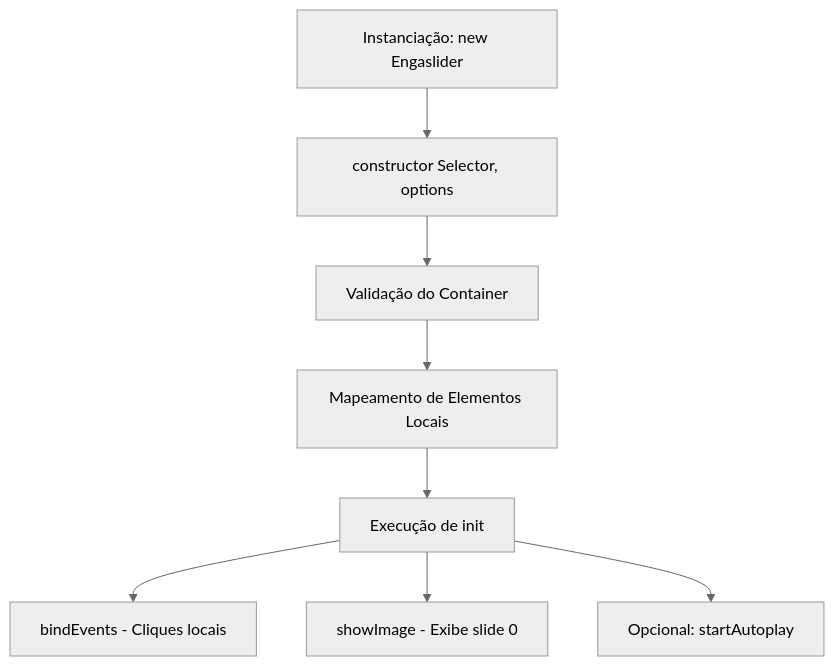
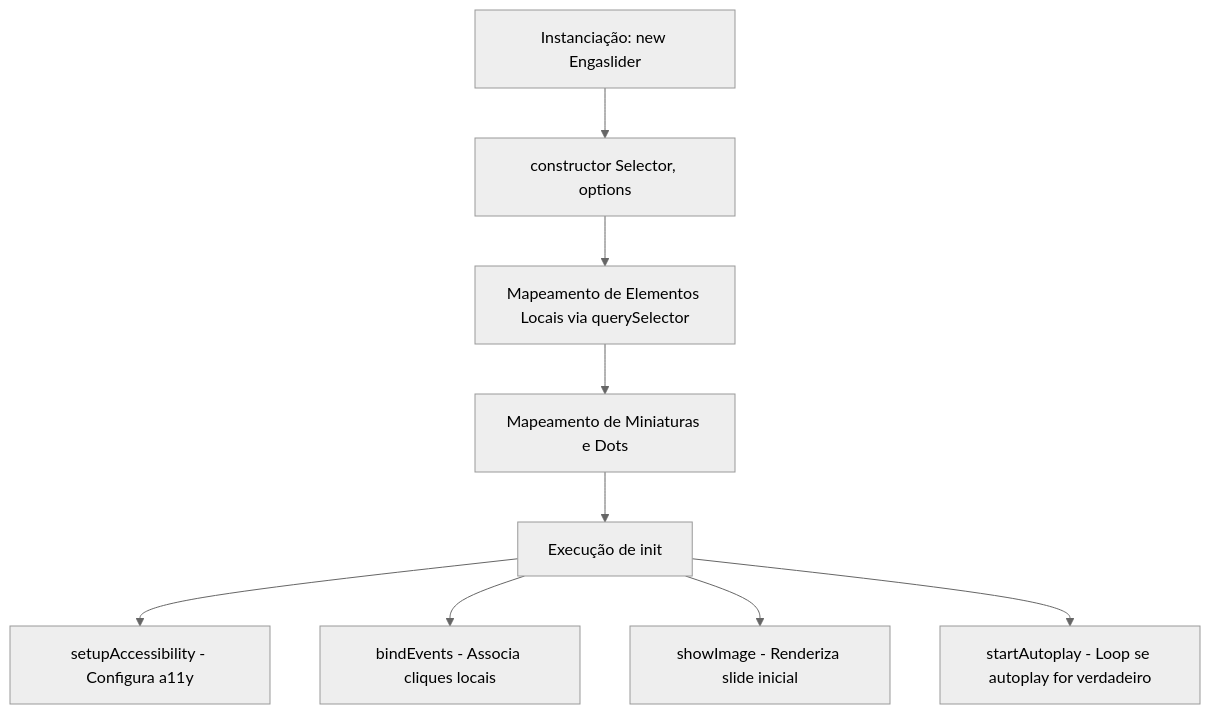
Before and after one commit to wsricardo/engaslider: the diagram in docs/developer_guide.md, drawn with Mermaid (neutral theme). The commit also changed other lines of this file and 20 other files, not shown here.

````diff
--- a/docs/developer_guide.md
+++ b/docs/developer_guide.md
@@ -13,10 +17,11 @@
 ```mermaid
 graph TD
     A[Instanciação: new Engaslider] --> B[constructor Selector, options]
-    B --> C[Validação do Container]
-    C --> D[Mapeamento de Elementos Locais]
+    B --> C[Mapeamento de Elementos Locais via querySelector]
+    C --> D[Mapeamento de Miniaturas e Dots]
     D --> E[Execução de init]
-    E --> F[bindEvents - Cliques locais]
-    E --> G[showImage - Exibe slide 0]
-    E --> H[Opcional: startAutoplay]
+    E --> F[setupAccessibility - Configura a11y]
+    E --> G[bindEvents - Associa cliques locais]
+    E --> H[showImage - Renderiza slide inicial]
+    E --> I[startAutoplay - Loop se autoplay for verdadeiro]
 ```
````
